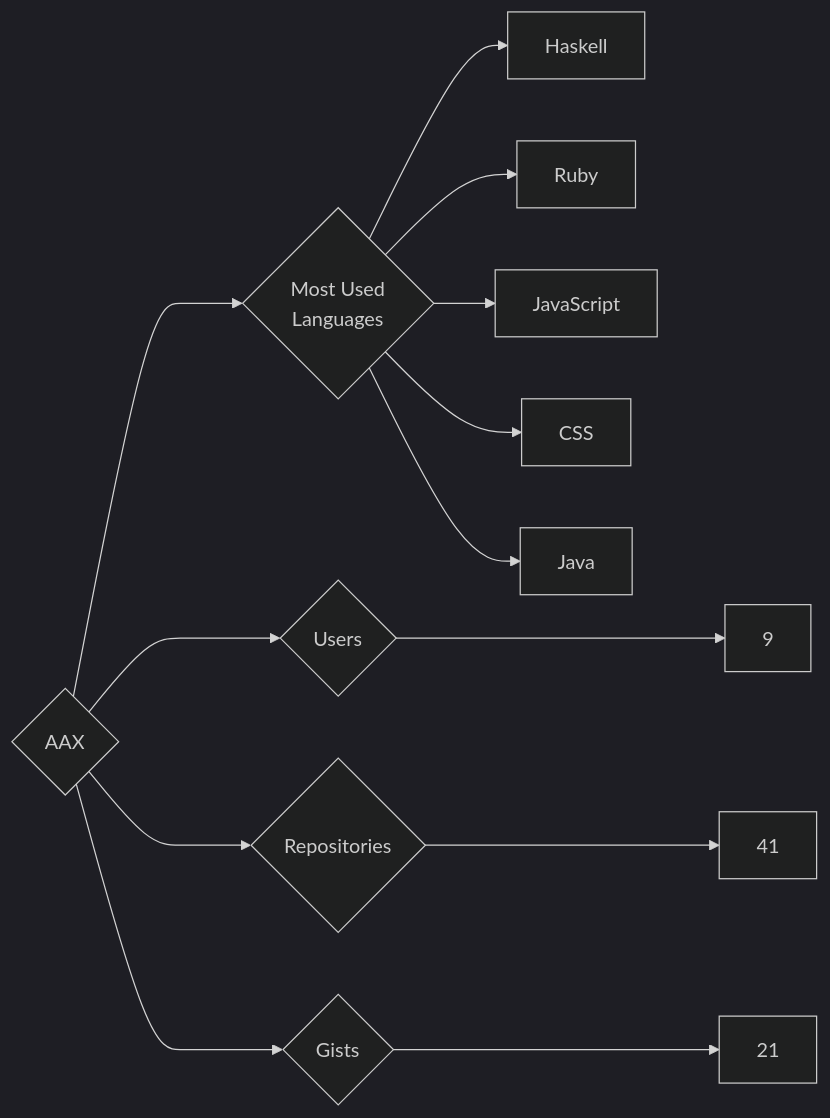
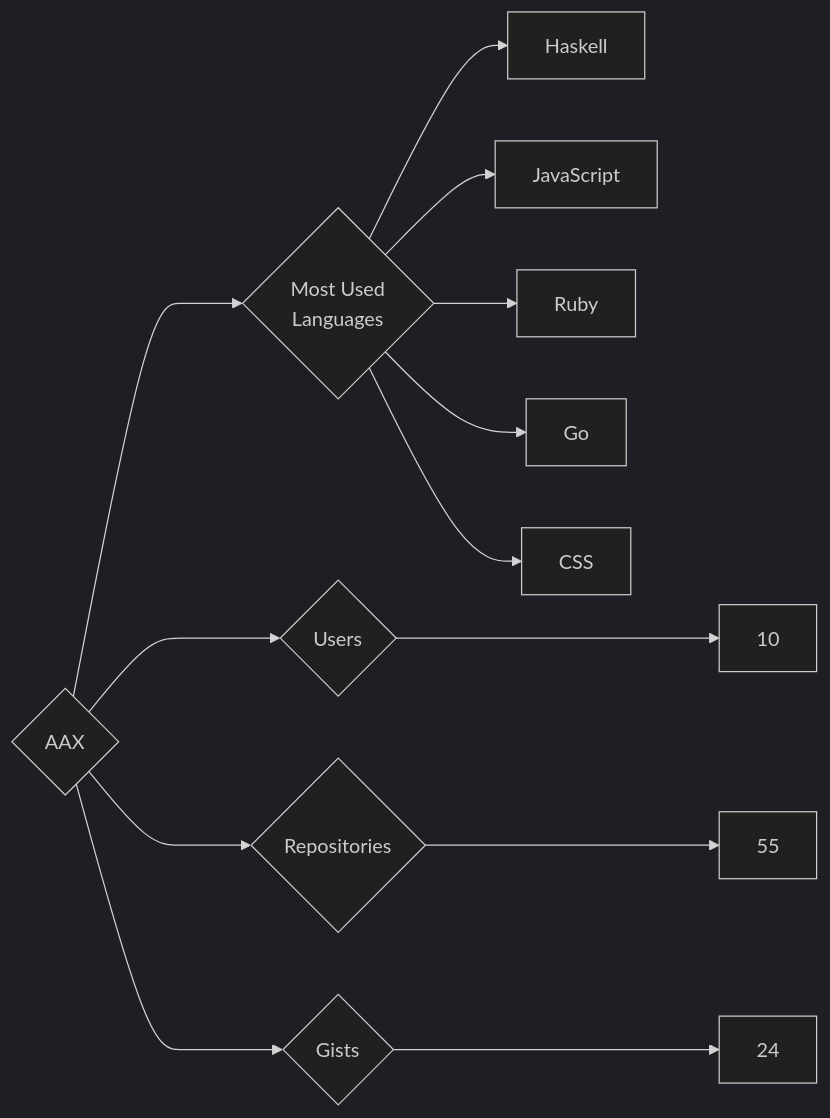
Before and after one commit to trickest/insiders: the diagram in targets/AAX/README.md, drawn with Mermaid (dark theme). The commit also changed 1123 other files, not shown here.

````diff
--- a/targets/AAX/README.md
+++ b/targets/AAX/README.md
@@ -3,13 +3,13 @@
 ```mermaid
 graph LR
 COMPANY_NAME{AAX}
-COMPANY_NAME ---> U{Users} ---> UN[9]
-COMPANY_NAME ---> R{Repositories} ---> RN[41]
-COMPANY_NAME ---> G{Gists} ---> GN[21]
+COMPANY_NAME ---> U{Users} ---> UN[10]
+COMPANY_NAME ---> R{Repositories} ---> RN[55]
+COMPANY_NAME ---> G{Gists} ---> GN[24]
 COMPANY_NAME ---> ML{Most Used<br>Languages}
 ML --> Haskell[Haskell]
+ML --> JavaScript[JavaScript]
 ML --> Ruby[Ruby]
-ML --> JavaScript[JavaScript]
+ML --> Go[Go]
 ML --> CSS[CSS]
-ML --> Java[Java]
 ```
````
